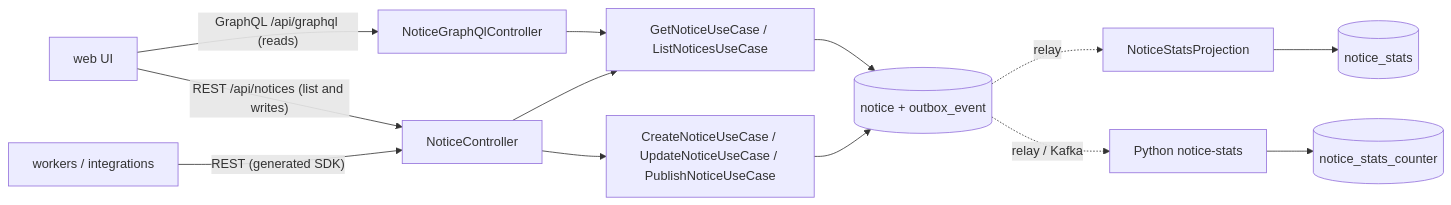
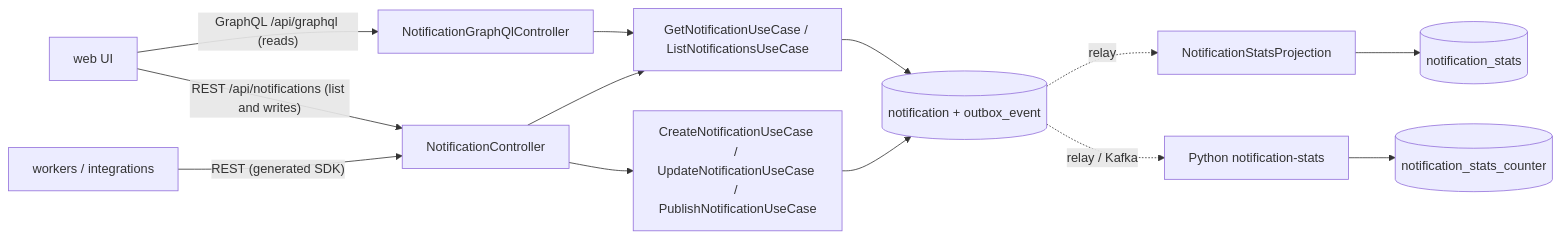
One commit to tama-nguyen/trellis-backend changed the third of 3 diagrams in docs/architecture/backend.md. Above: the diagram before and after it, drawn with Mermaid. The commit also changed other lines of this file and 189 other files, not shown here.

First line of the commit message:
refactor(notification)!: rename the sample notice module to notification

````diff
--- a/docs/architecture/backend.md
+++ b/docs/architecture/backend.md
@@ -135,13 +135,13 @@
 ```mermaid
 flowchart LR
-  ui[web UI] -- "GraphQL /api/graphql (reads)" --> gql[NoticeGraphQlController]
-  ui -- "REST /api/notices (list and writes)" --> rest[NoticeController]
+  ui[web UI] -- "GraphQL /api/graphql (reads)" --> gql[NotificationGraphQlController]
+  ui -- "REST /api/notifications (list and writes)" --> rest[NotificationController]
   worker[workers / integrations] -- "REST (generated SDK)" --> rest
-  gql --> q[GetNoticeUseCase / ListNoticesUseCase]
+  gql --> q[GetNotificationUseCase / ListNotificationsUseCase]
   rest --> q
-  rest --> c[CreateNoticeUseCase / UpdateNoticeUseCase / PublishNoticeUseCase]
-  c --> db[(notice + outbox_event)]
+  rest --> c[CreateNotificationUseCase / UpdateNotificationUseCase / PublishNotificationUseCase]
+  c --> db[(notification + outbox_event)]
   q --> db
-  db -. relay .-> proj[NoticeStatsProjection] --> stats[(notice_stats)]
-  db -. relay / Kafka .-> py[Python notice-stats] --> counter[(notice_stats_counter)]
+  db -. relay .-> proj[NotificationStatsProjection] --> stats[(notification_stats)]
+  db -. relay / Kafka .-> py[Python notification-stats] --> counter[(notification_stats_counter)]
 ```
````
